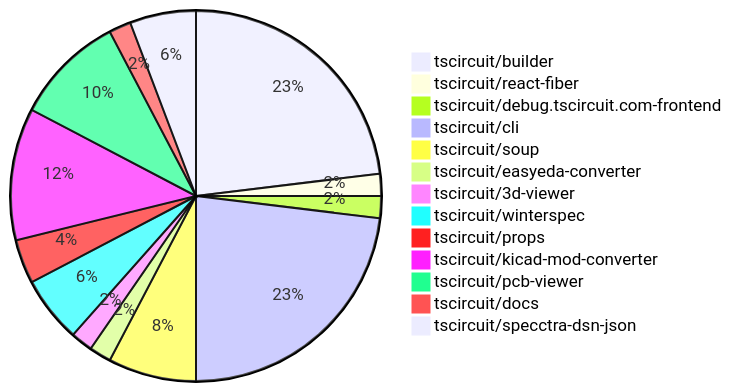
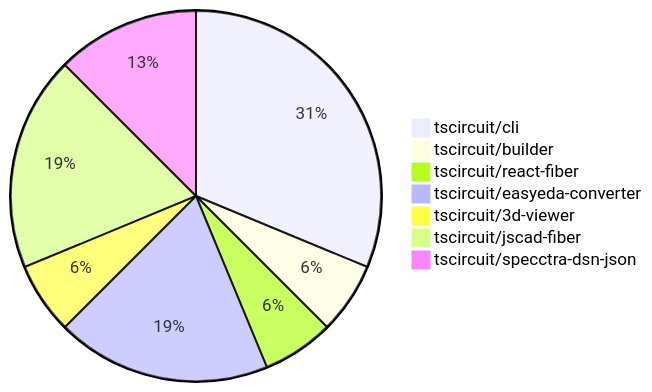
Before and after one commit to tscircuit/contribution-tracker: the diagram in README.md, drawn with Mermaid. The commit also changed other lines of this file and 1 other file, not shown here.

````diff
--- a/README.md
+++ b/README.md
@@ -24,16 +24,10 @@
 ```mermaid
 pie
-    "tscircuit/builder" : 12
+    "tscircuit/cli" : 5
+    "tscircuit/builder" : 1
     "tscircuit/react-fiber" : 1
-    "tscircuit/debug.tscircuit.com-frontend" : 1
-    "tscircuit/cli" : 12
-    "tscircuit/soup" : 4
-    "tscircuit/easyeda-converter" : 1
+    "tscircuit/easyeda-converter" : 3
     "tscircuit/3d-viewer" : 1
-    "tscircuit/winterspec" : 3
-    "tscircuit/props" : 2
-    "tscircuit/kicad-mod-converter" : 6
-    "tscircuit/pcb-viewer" : 5
-    "tscircuit/docs" : 1
-    "tscircuit/specctra-dsn-json" : 3
+    "tscircuit/jscad-fiber" : 3
+    "tscircuit/specctra-dsn-json" : 2
 ```
````
